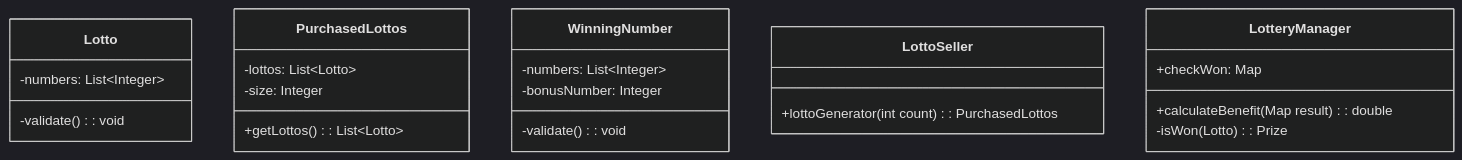
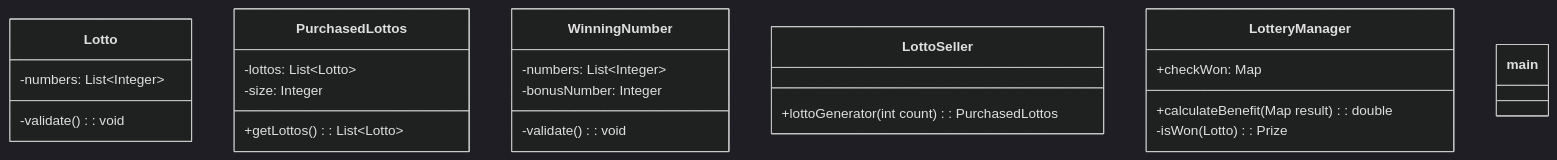
Before and after one commit to woowacourse-precourse/java-lotto-7: the diagram in README.md, drawn with Mermaid (dark theme). The commit also changed other lines of this file, not shown here.

````diff
--- a/README.md
+++ b/README.md
@@ -125,26 +127,26 @@
 ```mermaid
 classDiagram
     class Lotto{
         -numbers: List~Integer~
         -validate(): void
     }
     class PurchasedLottos{
         -lottos: List~Lotto~
         -size: Integer
         +getLottos(): List~Lotto~
     }
     class WinningNumber{
         -numbers: List~Integer~
         -bonusNumber: Integer
         -validate(): void
     }
     class LottoSeller{
         +lottoGenerator(int count): PurchasedLottos
     }
     class LotteryManager{
         +calculateBenefit(Map<Prize, Integer> result): double
         +checkWon<PurchasedLottos>: Map<Prize, Integer> 
         -isWon(Lotto): Prize
     }
-    
+    class main
 ```
````
